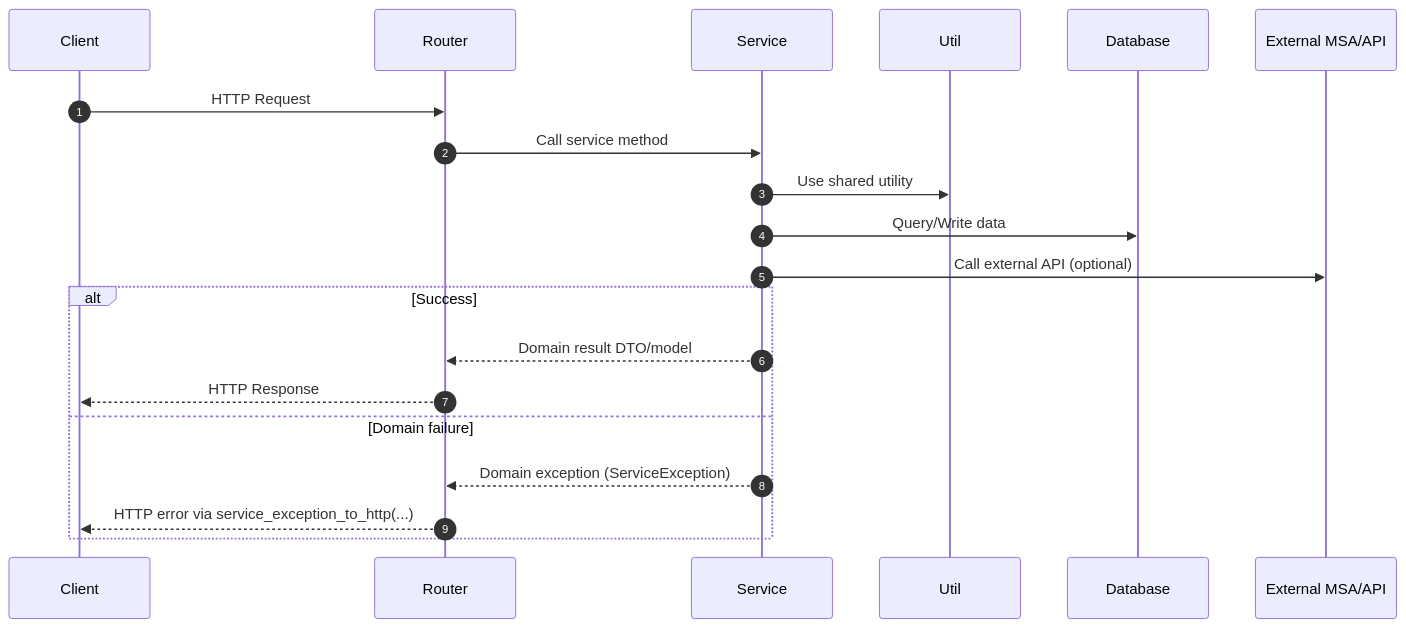
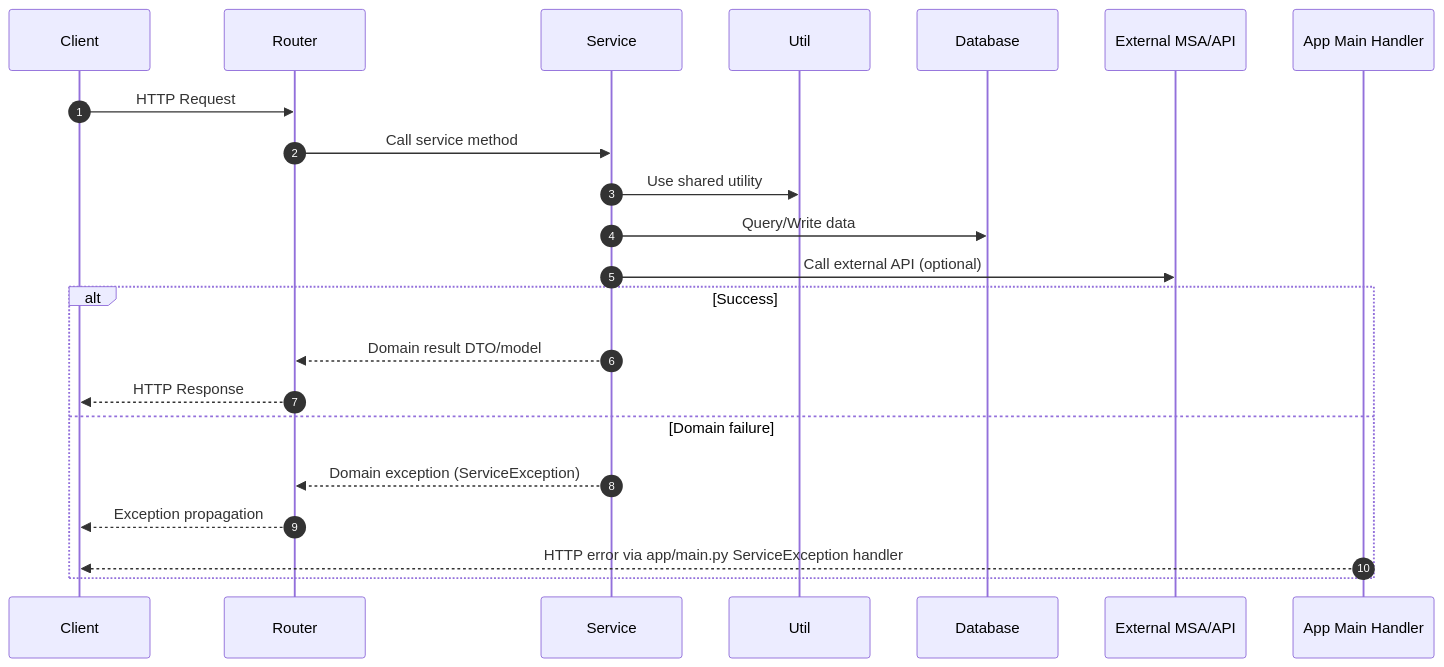
Before and after one commit to Blueprint4Agent/B4FastAPI: the third of 4 diagrams in notes/ko/backend/BACKEND.md, drawn with Mermaid. The commit also changed other lines of this file and 45 other files, not shown here.

````diff
--- a/notes/ko/backend/BACKEND.md
+++ b/notes/ko/backend/BACKEND.md
@@ -195,23 +200,25 @@
 ```mermaid
 sequenceDiagram
     autonumber
     participant C as Client
     participant R as Router
     participant S as Service
     participant U as Util
     participant DB as Database
     participant X as External MSA/API
+    participant M as App Main Handler
 
     C->>R: HTTP Request
     R->>S: Call service method
     S->>U: Use shared utility
     S->>DB: Query/Write data
     S->>X: Call external API (optional)
     alt Success
         S-->>R: Domain result DTO/model
         R-->>C: HTTP Response
     else Domain failure
         S-->>R: Domain exception (ServiceException)
-        R-->>C: HTTP error via service_exception_to_http(...)
+        R-->>C: Exception propagation
+        M-->>C: HTTP error via app/main.py ServiceException handler
     end
 ```
````
